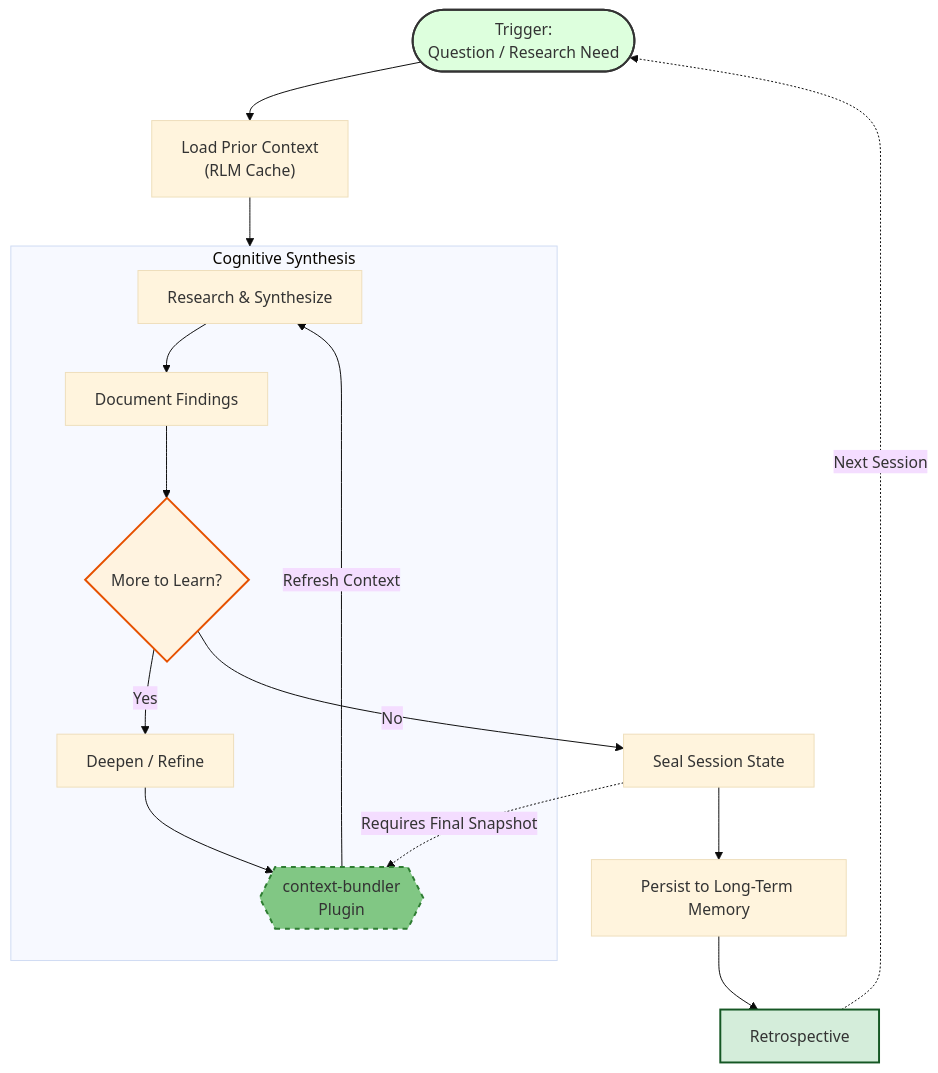
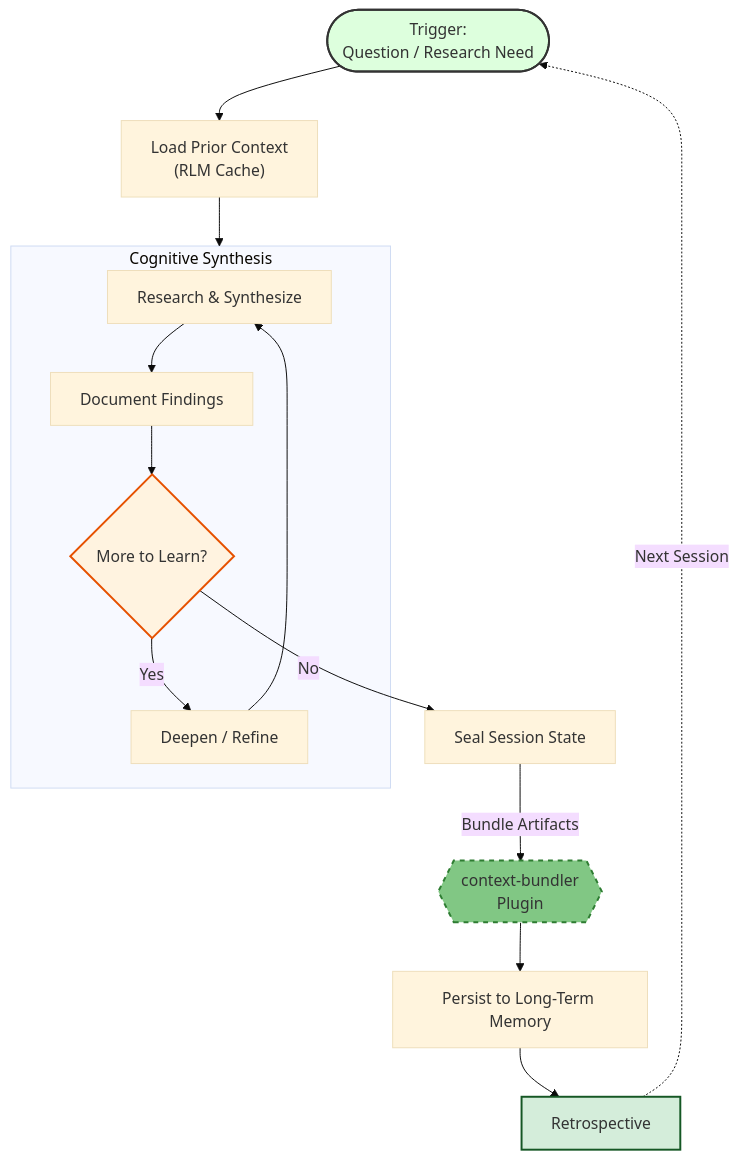
Before and after one commit to richfrem/Project_Sanctuary: the diagram in plugins/agent-loops/resources/diagrams/learning_loop.mmd, drawn with Mermaid.

Commit message:
fix(docs): correctly map context-bundler dependency exclusively to the Seal phase (Phase VI) in learning loop diagram

```diff
--- a/plugins/agent-loops/resources/diagrams/learning_loop.mmd
+++ b/plugins/agent-loops/resources/diagrams/learning_loop.mmd
@@ -1,38 +1,37 @@
 ---
 config:
   theme: base
 ---
 
 %% Pattern 1: Simple Learning Loop
 %% Self-directed research, document, iterate. No agents, no reviews.
 %% Location: resources/diagrams/learning_loop.mmd
 
 flowchart TB
     Start(["Trigger:<br>Question / Research Need"])
     Start --> Orient["Load Prior Context<br>(RLM Cache)"]
     
     subgraph Execution["Cognitive Synthesis"]
         Research["Research & Synthesize"]
         Document["Document Findings"]
-        Bundler{{"context-bundler<br>Plugin"}}
         
         Research --> Document
         Document --> Iterate{"More to Learn?"}
         
         Iterate -- Yes --> Deepen["Deepen / Refine"]
-        Deepen --> Bundler
-        Bundler -->|Refresh Context| Research
+        Deepen --> Research
     end
     
     Orient --> Execution
     
     Iterate -- No --> Seal["Seal Session State"]
-    Seal -.->|Requires Final Snapshot| Bundler
-    Seal --> Persist["Persist to Long-Term Memory"]
+    Bundler{{"context-bundler<br>Plugin"}}
+    Seal -->|Bundle Artifacts| Bundler
+    Bundler --> Persist["Persist to Long-Term Memory"]
     Persist --> Retro["Retrospective"]
     Retro -.->|"Next Session"| Start
 
     style Start fill:#dfd,stroke:#333,stroke-width:2px
     style Iterate fill:#fff3e0,stroke:#e65100,stroke-width:2px
     style Retro fill:#d4edda,stroke:#155724,stroke-width:2px
     style Bundler fill:#81c784,stroke:#2e7d32,stroke-width:2px,stroke-dasharray: 5 5
```
